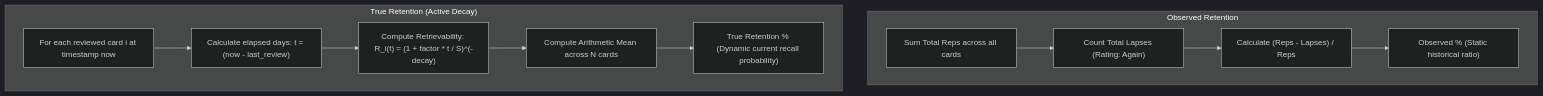
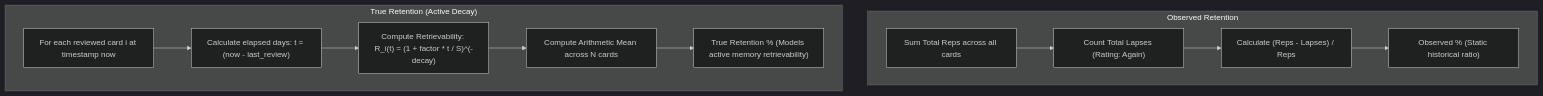
One commit to sdeanmol/algomonster-fsrs-extension changed the second of 2 diagrams in docs/features/analytics.md. Above: the diagram before and after it, drawn with Mermaid (dark theme). The commit also changed other lines of this file and 4 other files, not shown here.

Commit message:
docs: update architecture and feature documentation files

````diff
--- a/docs/features/analytics.md
+++ b/docs/features/analytics.md
@@ -89,15 +92,15 @@
 ```mermaid
 flowchart TD
     subgraph Observed_Retention ["Observed Retention"]
         A1["Sum Total Reps across all cards"] --> B1["Count Total Lapses (Rating: Again)"]
         B1 --> C1["Calculate (Reps - Lapses) / Reps"]
         C1 --> D1["Observed % (Static historical ratio)"]
     end
 
     subgraph True_Retention ["True Retention (Active Decay)"]
         A2["For each reviewed card i at timestamp now"] --> B2["Calculate elapsed days: t = (now - last_review)"]
         B2 --> C2["Compute Retrievability: R_i(t) = (1 + factor * t / S)^(-decay)"]
         C2 --> D2["Compute Arithmetic Mean across N cards"]
-        D2 --> E2["True Retention % (Dynamic current recall probability)"]
+        D2 --> E2["True Retention % (Models active memory retrievability)"]
     end
 ```
````
